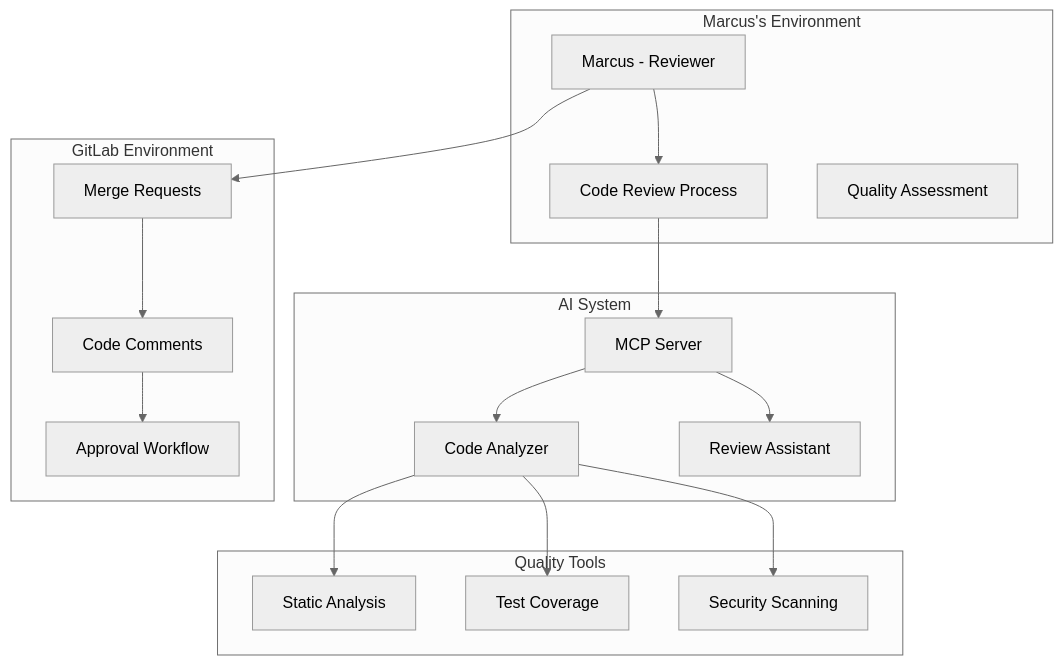
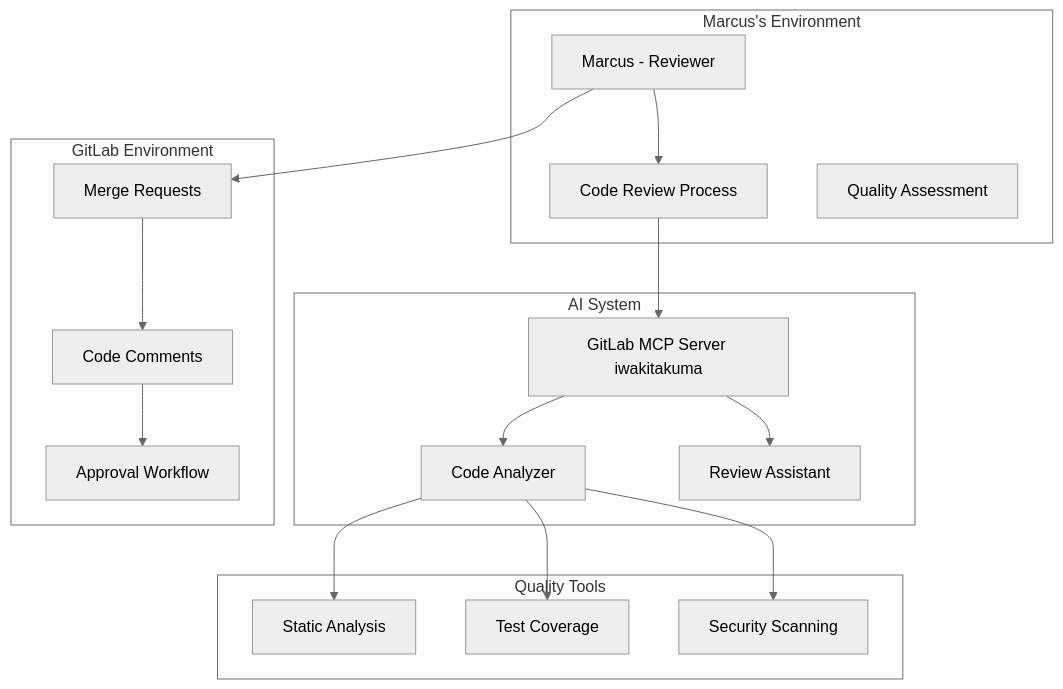
Before and after one commit to brunseba/lab_dev-mcp-gitlab: the sixth of 13 diagrams in docs/design/context-and-personas.md, drawn with Mermaid (neutral theme). The commit also changed other lines of this file and 36 other files, not shown here.

````diff
--- a/docs/design/context-and-personas.md
+++ b/docs/design/context-and-personas.md
@@ -197,37 +197,37 @@
 ```mermaid
 graph TB
     subgraph "Marcus's Environment"
         A[Marcus - Reviewer]
         B[Code Review Process]
         C[Quality Assessment]
     end
     
     subgraph "AI System"
-        D[MCP Server]
+        D[GitLab MCP Server iwakitakuma]
         E[Code Analyzer]
         F[Review Assistant]
     end
     
     subgraph "GitLab Environment"
         G[Merge Requests]
         H[Code Comments]
         I[Approval Workflow]
     end
     
     subgraph "Quality Tools"
         J[Static Analysis]
         K[Test Coverage]
         L[Security Scanning]
     end
     
     A --> B
     B --> D
     D --> E
     D --> F
     A --> G
     G --> H
     H --> I
     E --> J
     E --> K
     E --> L
 ```
````
